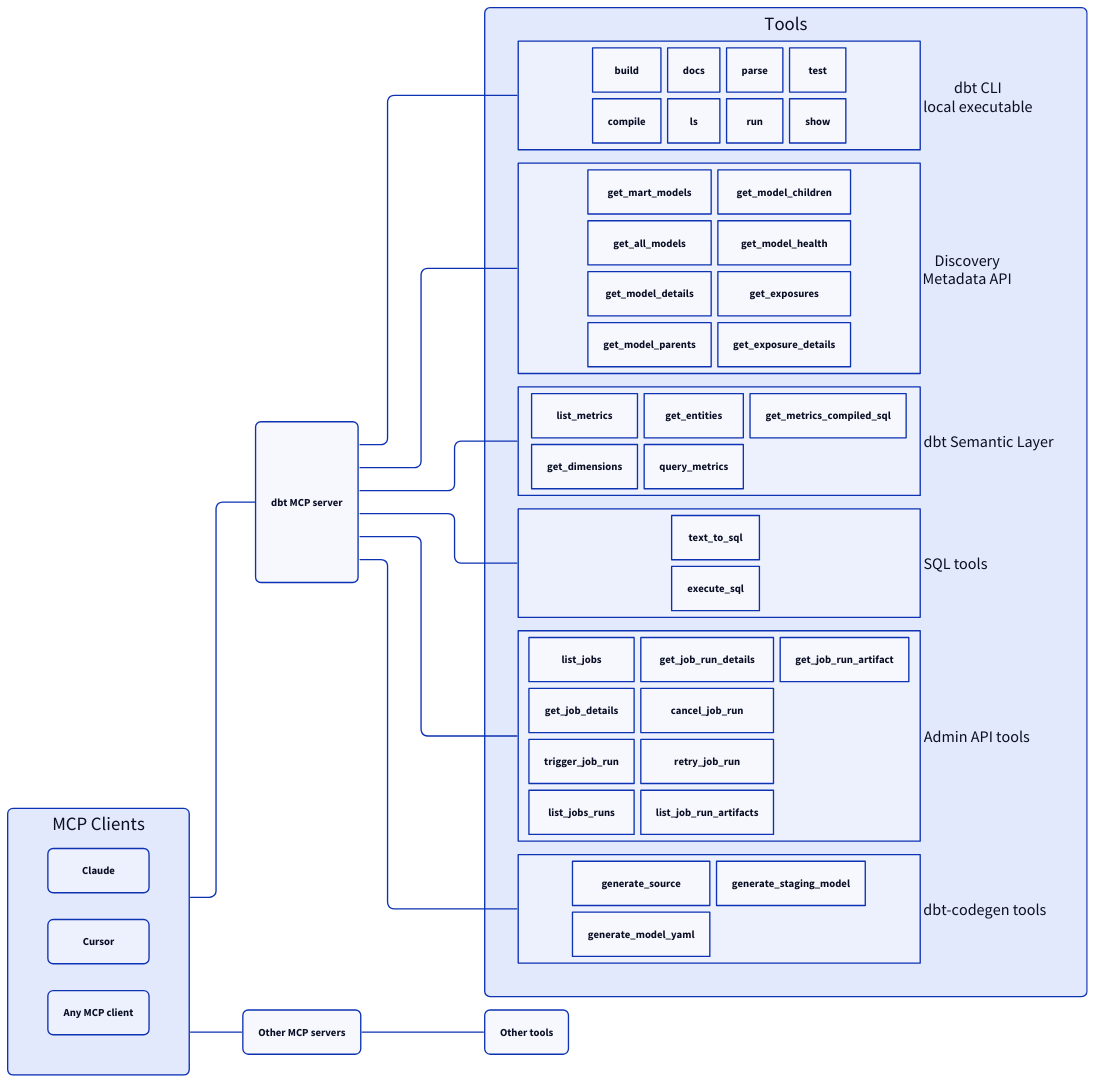
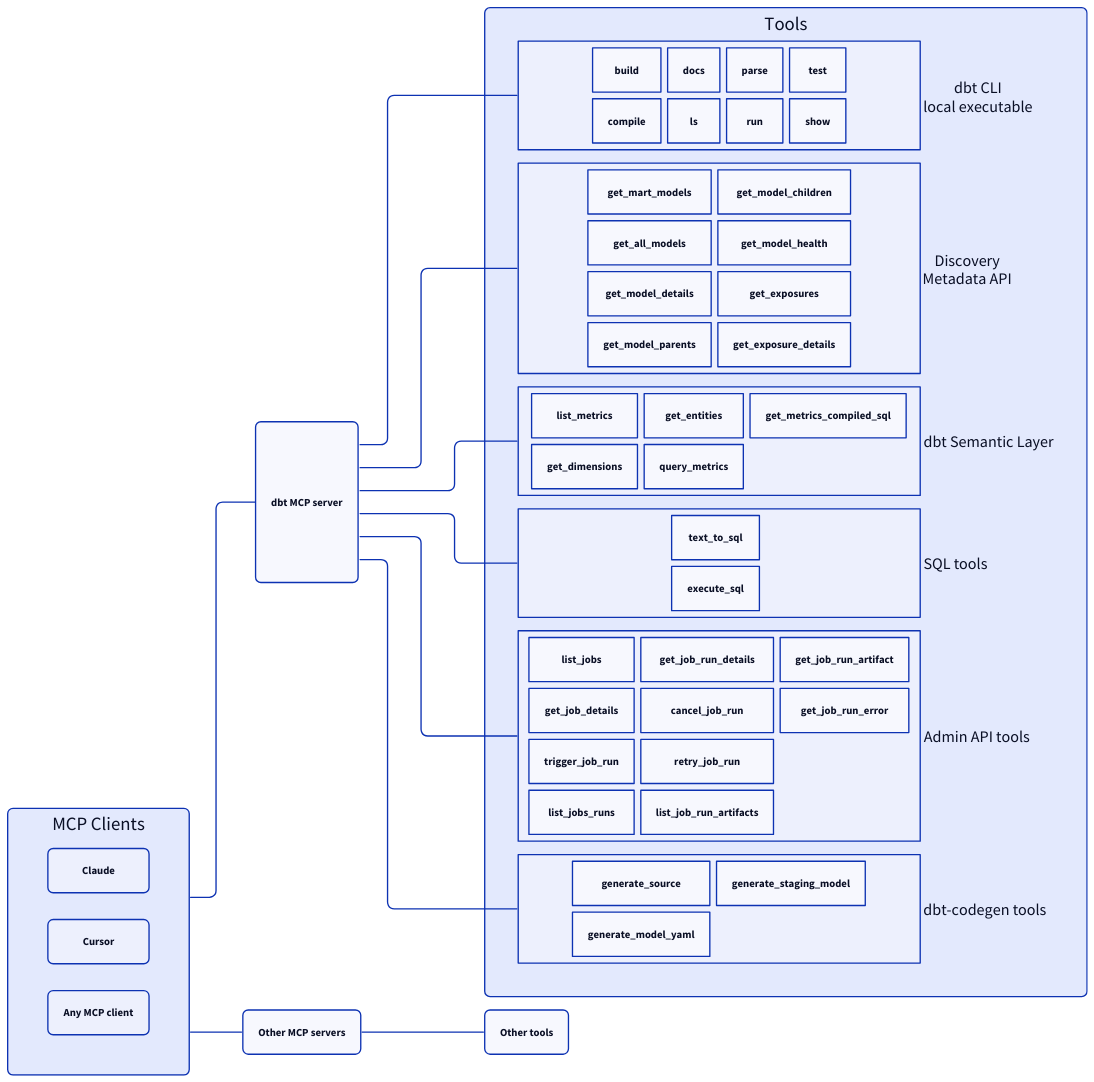
One commit to jairus-m/dbt-mcp changed the diagram in docs/diagram.d2. Above: the diagram before and after it, drawn with D2. The commit also changed 16 other files, not shown here.

Commit message:
Add `get_job_run_error` to Admin API tools (#335)

```diff
--- a/docs/diagram.d2
+++ b/docs/diagram.d2
@@ -1,112 +1,113 @@
 vars: {
   d2-config: {
     layout-engine: elk
   }
 }
 
 direction: right
 *.style.border-radius: 8
 
 classes: {
   container: {
     grid-columns: 2
     grid-rows: 2
     grid-gap: 10
     width: 600
     *.style.border-radius: 8
   }
 
   big-container: {
     grid-columns: 2
     grid-rows: 4
     grid-gap: 10
     width: 600
     *.style.border-radius: 8
   }
 }
 
 mcp: dbt MCP server
 
 tools: Tools {
   cli: dbt CLI\nlocal executable {
     label.near: outside-right-center
     class: container
     build
     compile
     docs
     ls
     parse
     run
     test
     show
   }
 
   discovery: Discovery\nMetadata API {
     label.near: outside-right-center
     class: big-container
     get_mart_models
     get_all_models
     get_model_details
     get_model_parents
     get_model_children
     get_model_health
     get_exposures
     get_exposure_details
   }
 
   sl: dbt Semantic Layer {
     label.near: outside-right-center
     class: container
     list_metrics
     get_dimensions
     get_entities
     query_metrics
     get_metrics_compiled_sql
   }
 
   sql: SQL tools {
     label.near: outside-right-center
     class: container
     text_to_sql
     execute_sql
   }
 
   admin: Admin API tools {
     label.near: outside-right-center
     class: big-container
     list_jobs
     get_job_details
     trigger_job_run
     list_jobs_runs
     get_job_run_details
     cancel_job_run
     retry_job_run
     list_job_run_artifacts
     get_job_run_artifact
+    get_job_run_error
   }
 
   codegen: dbt-codegen tools {
     label.near: outside-right-center
     class: container
     generate_source
     generate_model_yaml
     generate_staging_model
   }
 }
 
 mcp -- tools.*
 
 clients: MCP Clients {
   grid-columns: 1
   *.style.border-radius: 8
   Claude
   Cursor
   mcp_clients: Any MCP client
 }
 
 other_mcp: Other MCP servers
 other_tools: Other tools
 
 clients -- mcp
 clients -- other_mcp
 other_mcp -- other_tools
```
